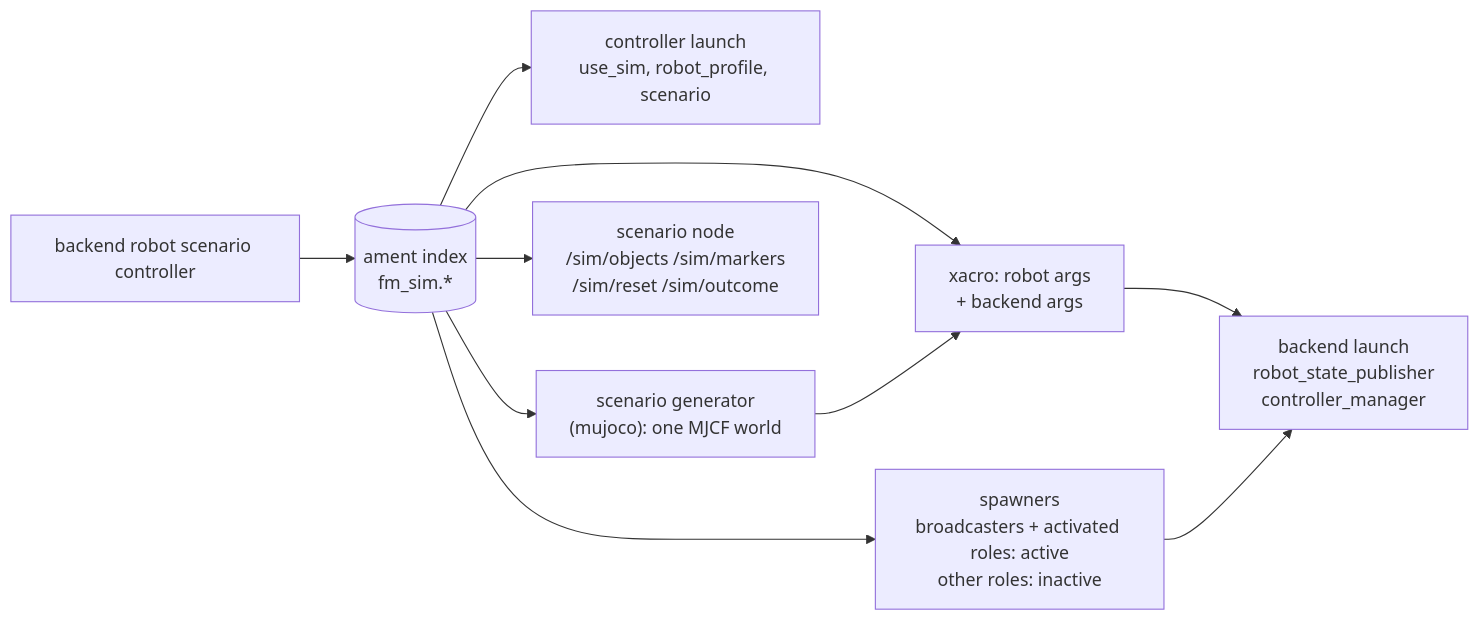
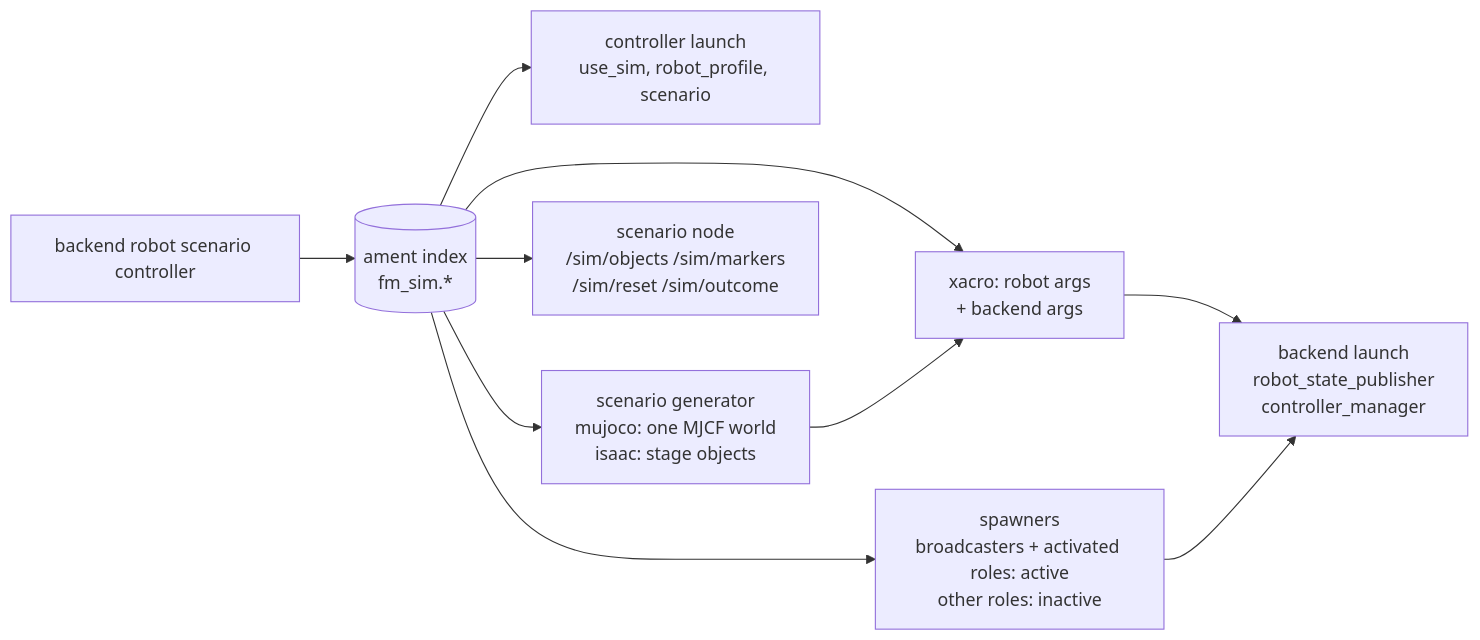
The first of 2 diagrams in fm_sim_bringup/README.md (first-motive/fm-sim), drawn with Mermaid before and after one commit. The commit also changed other lines of this file and 25 other files, not shown here.

Commit message:
feat: add isaac scenario generator and ros bridge

````diff
--- a/fm_sim_bringup/README.md
+++ b/fm_sim_bringup/README.md
@@ -32,12 +32,12 @@
 ```mermaid
 flowchart LR
     args["backend robot scenario controller"] --> idx[(ament index<br/>fm_sim.*)]
     idx --> desc["xacro: robot args<br/>+ backend args"]
     desc --> be["backend launch<br/>robot_state_publisher<br/>controller_manager"]
     idx --> sp["spawners<br/>broadcasters + activated roles: active<br/>other roles: inactive"]
     sp --> be
     idx --> ctl["controller launch<br/>use_sim, robot_profile, scenario"]
-    idx --> gen["scenario generator<br/>(mujoco): one MJCF world"]
+    idx --> gen["scenario generator<br/>mujoco: one MJCF world<br/>isaac: stage objects"]
     gen --> desc
     idx --> sn["scenario node<br/>/sim/objects /sim/markers<br/>/sim/reset /sim/outcome"]
 ```
````
